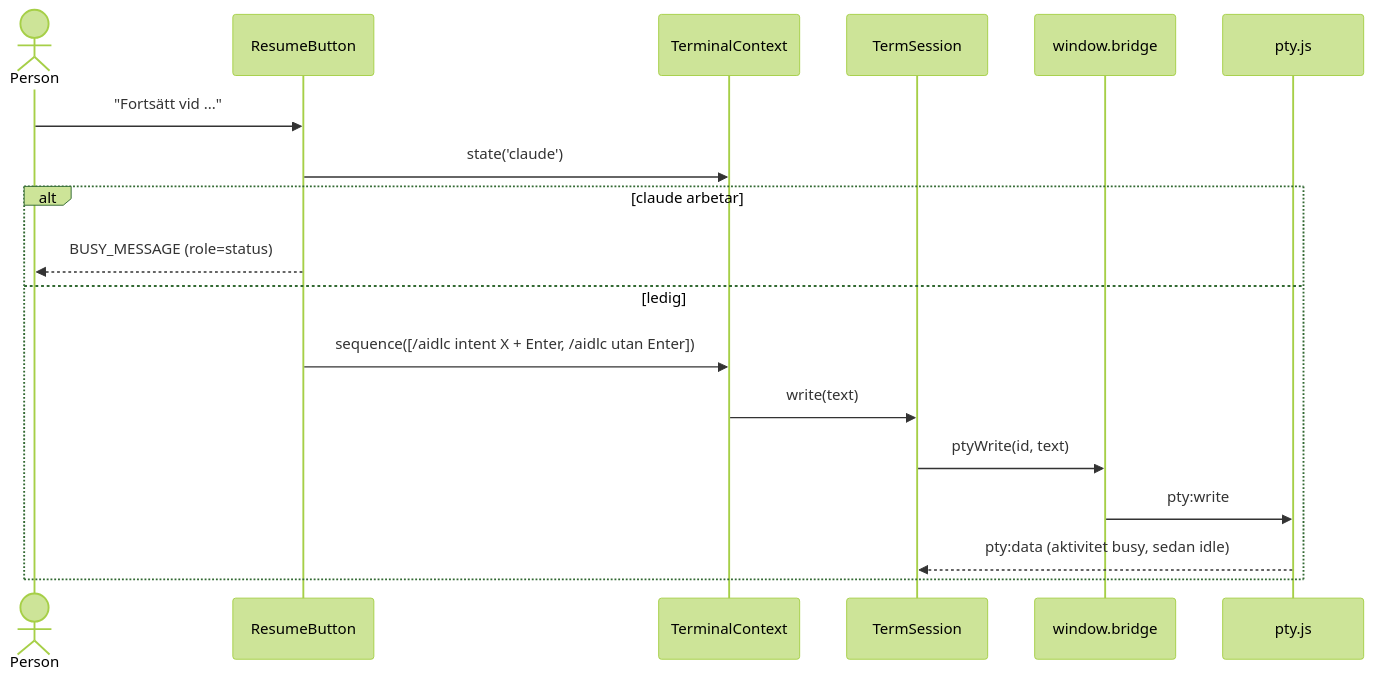
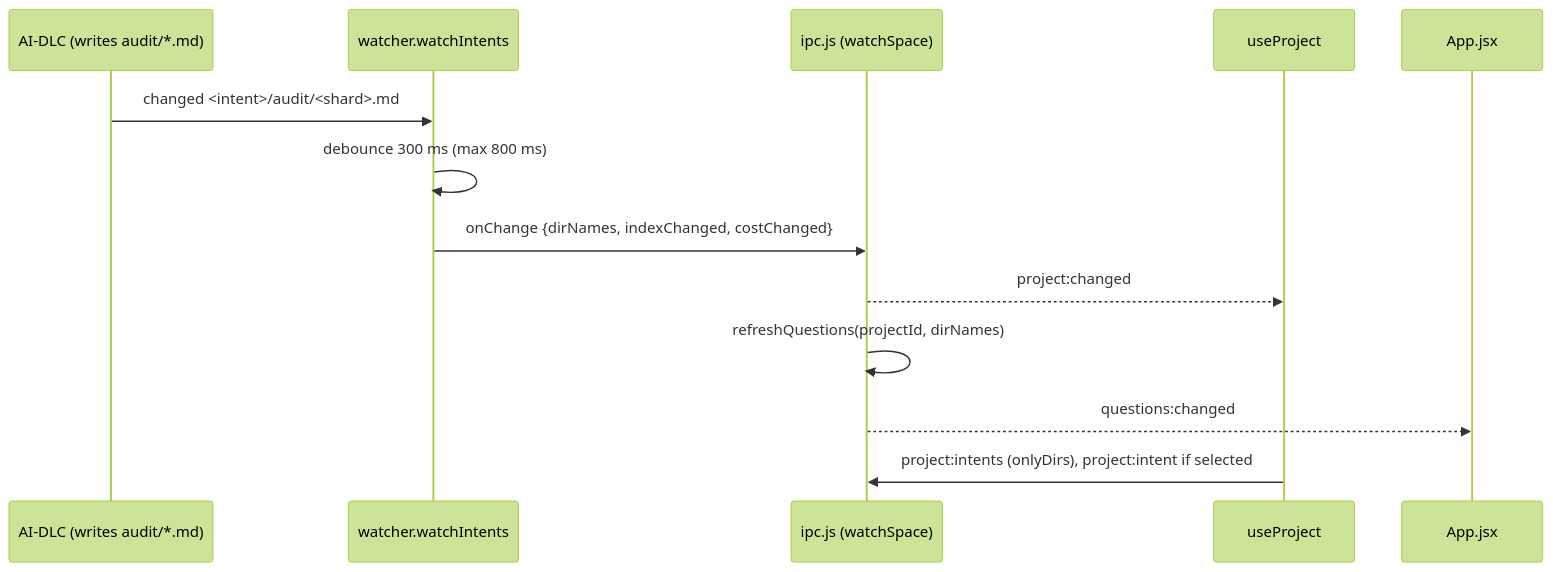
The eighth of 8 diagrams in aidlc/spaces/default/codekb/aidlc-dash/architecture.md (tochman/ai-dlc-thadeus), drawn with Mermaid (forest theme) before and after one commit. The commit also changed other lines of this file and 35 other files, not shown here.

````diff
--- a/aidlc/spaces/default/codekb/aidlc-dash/architecture.md
+++ b/aidlc/spaces/default/codekb/aidlc-dash/architecture.md
@@ -249,20 +254,15 @@
 ```mermaid
 sequenceDiagram
-  actor Person
-  participant RB as ResumeButton
-  participant TC as TerminalContext
-  participant TS as TermSession
-  participant Bridge as window.bridge
-  participant PTY as pty.js
-  Person->>RB: "Fortsätt vid ..."
-  RB->>TC: state('claude')
-  alt claude arbetar
-    RB-->>Person: BUSY_MESSAGE (role=status)
-  else ledig
-    RB->>TC: sequence([/aidlc intent X + Enter, /aidlc utan Enter])
-    TC->>TS: write(text)
-    TS->>Bridge: ptyWrite(id, text)
-    Bridge->>PTY: pty:write
-    PTY-->>TS: pty:data (aktivitet busy, sedan idle)
-  end
+  participant AIDLC as AI-DLC (writes audit/*.md)
+  participant Watch as watcher.watchIntents
+  participant IPC as ipc.js (watchSpace)
+  participant Hook as useProject
+  participant App as App.jsx
+  AIDLC->>Watch: changed <intent>/audit/<shard>.md
+  Watch->>Watch: debounce 300 ms (max 800 ms)
+  Watch->>IPC: onChange {dirNames, indexChanged, costChanged}
+  IPC-->>Hook: project:changed
+  IPC->>IPC: refreshQuestions(projectId, dirNames)
+  IPC-->>App: questions:changed
+  Hook->>IPC: project:intents (onlyDirs), project:intent if selected
 ```
````
